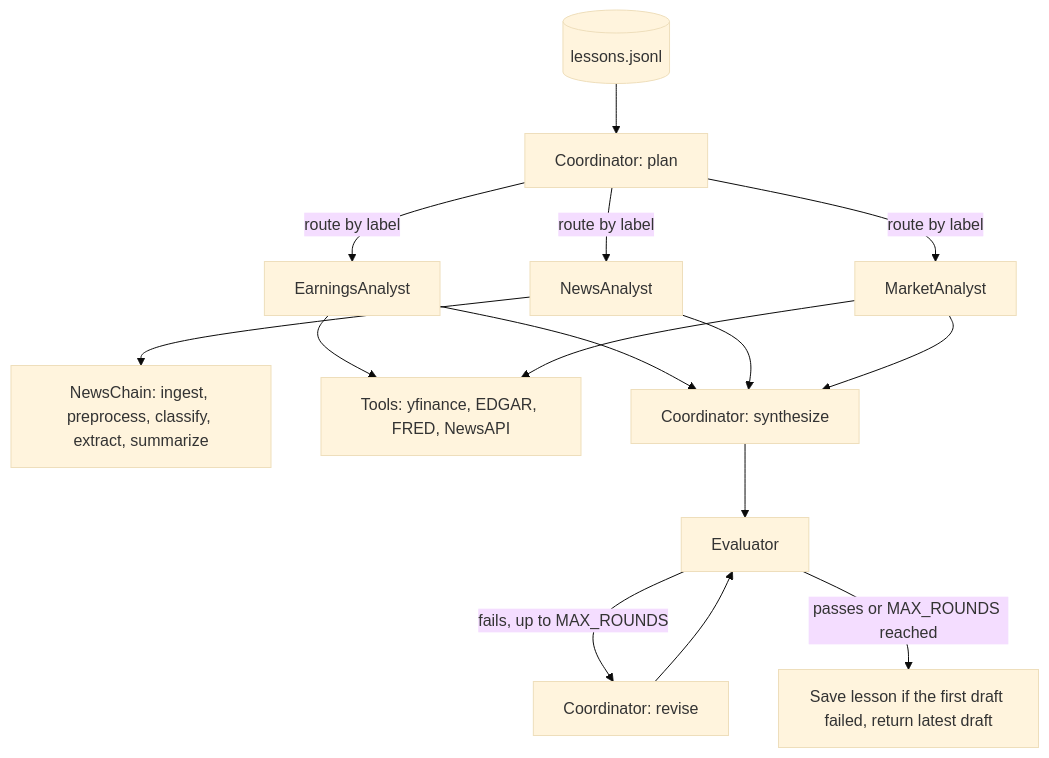
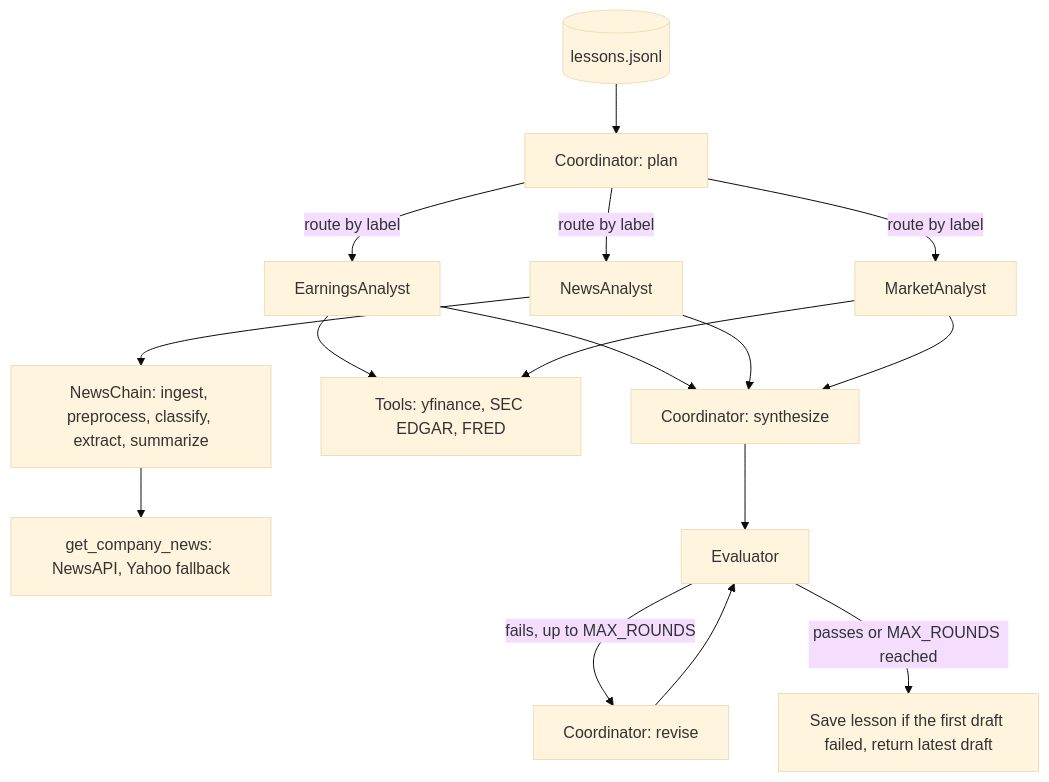
Before and after one commit to seanmcgowanx/multi-agent-financial-analyst: the diagram in README.md, drawn with Mermaid (base theme). The commit also changed 1 other file, not shown here.

Commit message:
write notebook section 2: architecture, agent roster, lab extensions
The README diagram no longer shows the earnings and market agents using NewsAPI; only the NewsChain does.

````diff
--- a/README.md
+++ b/README.md
@@ -12,14 +12,15 @@
 ```mermaid
 flowchart TD
     M[(lessons.jsonl)] --> C[Coordinator: plan]
     C -- route by label --> E[EarningsAnalyst]
     C -- route by label --> N[NewsAnalyst]
     C -- route by label --> K[MarketAnalyst]
     N --> NC[NewsChain: ingest, preprocess, classify, extract, summarize]
-    E --> T[Tools: yfinance, EDGAR, FRED, NewsAPI]
+    NC --> NT[get_company_news: NewsAPI, Yahoo fallback]
+    E --> T[Tools: yfinance, SEC EDGAR, FRED]
     K --> T
     E & N & K --> S[Coordinator: synthesize]
     S --> V[Evaluator]
     V -- fails, up to MAX_ROUNDS --> R[Coordinator: revise] --> V
     V -- passes or MAX_ROUNDS reached --> L[Save lesson if the first draft failed, return latest draft]
 ```
````
